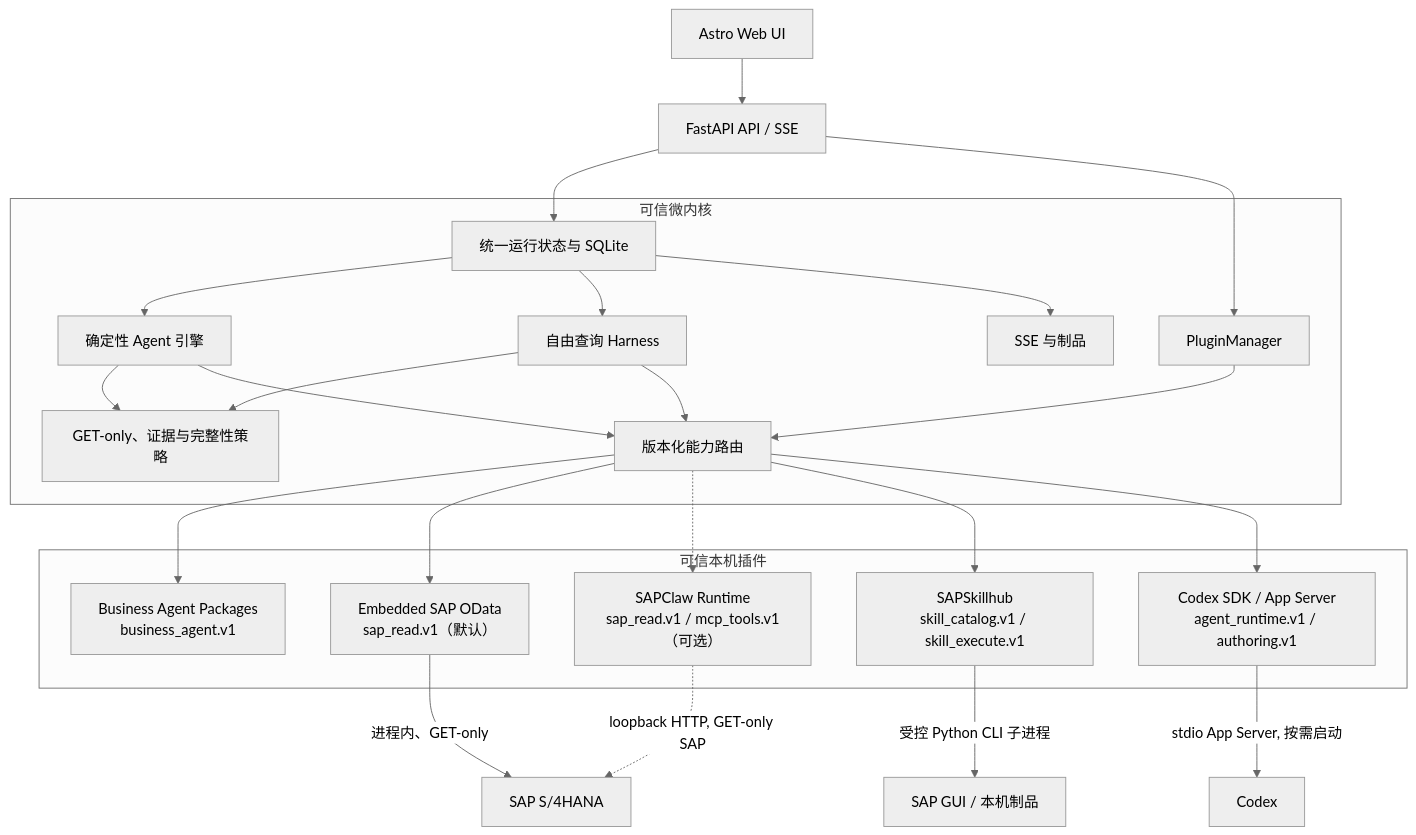
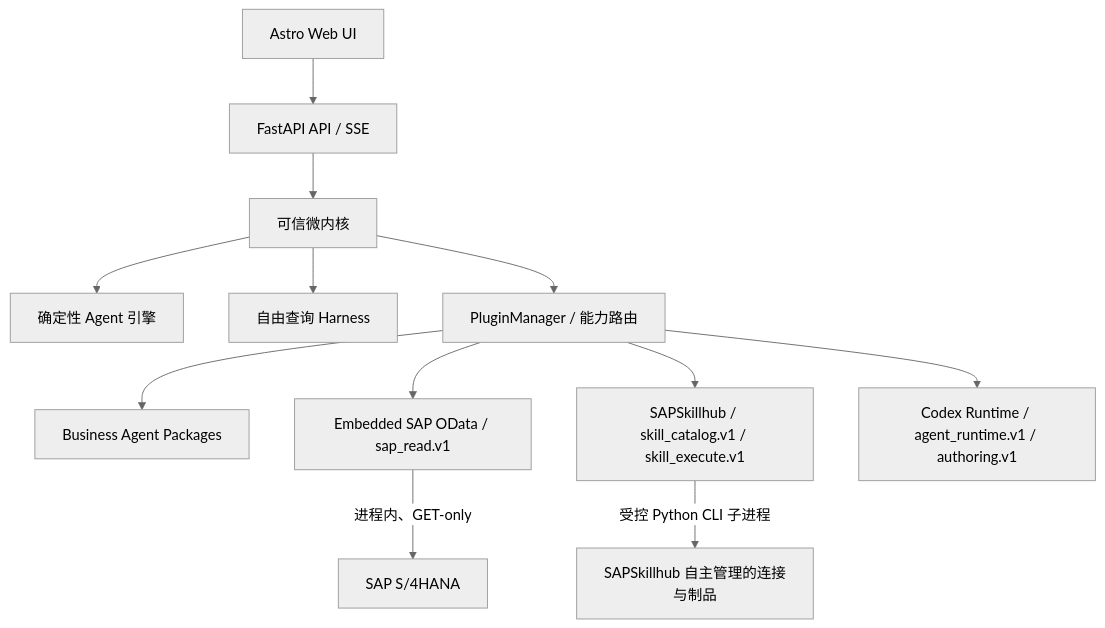
The diagram in docs/local-plugin-platform.md (yin-wen-bin/SAPBusinessAgents), drawn with Mermaid (neutral theme) before and after one commit. The commit also changed other lines of this file and 116 other files, not shown here.

Commit message:
Remove SAPClaw integration and finalize embedded workflows

````diff
--- a/docs/local-plugin-platform.md
+++ b/docs/local-plugin-platform.md
@@ -14,44 +14,14 @@
 ```mermaid
 flowchart TB
     UI["Astro Web UI"] --> API["FastAPI API / SSE"]
-
-    subgraph CORE["可信微内核"]
-        RUNS["统一运行状态与 SQLite"]
-        FIXED["确定性 Agent 引擎"]
-        FREE["自由查询 Harness"]
-        POLICY["GET-only、证据与完整性策略"]
-        REGISTRY["PluginManager"]
-        BROKER["版本化能力路由"]
-        EVENTS["SSE 与制品"]
-    end
-
-    API --> RUNS
-    API --> REGISTRY
-    RUNS --> FIXED
-    RUNS --> FREE
-    FIXED --> POLICY
-    FREE --> POLICY
-    FIXED --> BROKER
-    FREE --> BROKER
-    RUNS --> EVENTS
-    REGISTRY --> BROKER
-
-    subgraph PLUGINS["可信本机插件"]
-        AGENT["Business Agent Packages\nbusiness_agent.v1"]
-        EMBEDDED["Embedded SAP OData\nsap_read.v1（默认）"]
-        CLAW["SAPClaw Runtime\nsap_read.v1 / mcp_tools.v1（可选）"]
-        SKILLS["SAPSkillhub\nskill_catalog.v1 / skill_execute.v1"]
-        CODEX["Codex SDK / App Server\nagent_runtime.v1 / authoring.v1"]
-    end
-
-    BROKER --> AGENT
-    BROKER --> EMBEDDED
-    BROKER -.-> CLAW
-    BROKER --> SKILLS
-    BROKER --> CODEX
-
+    API --> CORE["可信微内核"]
+    CORE --> FIXED["确定性 Agent 引擎"]
+    CORE --> FREE["自由查询 Harness"]
+    CORE --> REGISTRY["PluginManager / 能力路由"]
+    REGISTRY --> AGENT["Business Agent Packages"]
+    REGISTRY --> EMBEDDED["Embedded SAP OData / sap_read.v1"]
+    REGISTRY --> SKILLS["SAPSkillhub / skill_catalog.v1 / skill_execute.v1"]
+    REGISTRY --> CODEX["Codex Runtime / agent_runtime.v1 / authoring.v1"]
     EMBEDDED -->|"进程内、GET-only"| SAP["SAP S/4HANA"]
-    CLAW -.->|"loopback HTTP, GET-only SAP"| SAP
-    SKILLS -->|"受控 Python CLI 子进程"| GUI["SAP GUI / 本机制品"]
-    CODEX -->|"stdio App Server, 按需启动"| MODEL["Codex"]
+    SKILLS -->|"受控 Python CLI 子进程"| LOCAL["SAPSkillhub 自主管理的连接与制品"]
 ```
````
